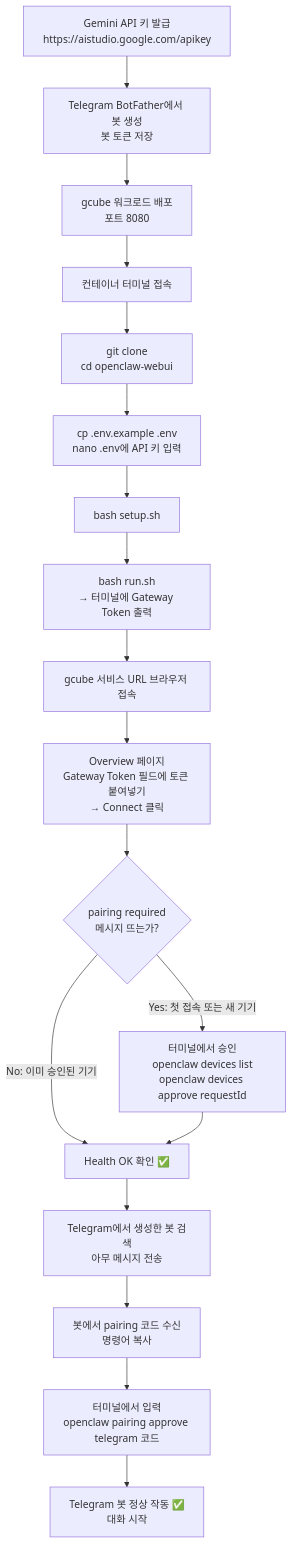
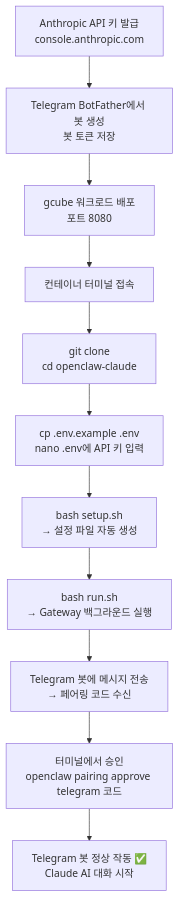
Before and after one commit to chaeyoon-08/openclaw-gemini: the diagram in README.md, drawn with Mermaid. The commit also changed other lines of this file and 5 other files, not shown here.

Commit message:
feat: openclaw telegram claude agent 초기 설정

````diff
--- a/README.md
+++ b/README.md
@@ -9,21 +10,14 @@
 ```mermaid
 flowchart TD
-    A[Gemini API 키 발급<br/>https://aistudio.google.com/apikey] --> B
+    A[Anthropic API 키 발급<br/>console.anthropic.com] --> B
     B[Telegram BotFather에서 봇 생성<br/>봇 토큰 저장] --> C
     C[gcube 워크로드 배포<br/>포트 8080] --> D
     D[컨테이너 터미널 접속] --> E
-    E[git clone<br/>cd openclaw-webui] --> F
+    E[git clone<br/>cd openclaw-claude] --> F
     F[cp .env.example .env<br/>nano .env에 API 키 입력] --> G
-    G[bash setup.sh] --> H
-    H[bash run.sh<br/>→ 터미널에 Gateway Token 출력] --> I
-    I[gcube 서비스 URL 브라우저 접속] --> J
-    J[Overview 페이지<br/>Gateway Token 필드에 토큰 붙여넣기<br/>→ Connect 클릭] --> K
-    K{pairing required<br/>메시지 뜨는가?} -->|Yes: 첫 접속 또는 새 기기| L
-    K -->|No: 이미 승인된 기기| M
-    L[터미널에서 승인<br/>openclaw devices list<br/>openclaw devices approve requestId] --> M
-    M[Health OK 확인 ✅] --> N
-    N[Telegram에서 생성한 봇 검색<br/>아무 메시지 전송] --> O
-    O[봇에서 pairing 코드 수신<br/>명령어 복사] --> P
-    P[터미널에서 입력<br/>openclaw pairing approve telegram 코드] --> Q
-    Q[Telegram 봇 정상 작동 ✅<br/>대화 시작]
+    G[bash setup.sh<br/>→ 설정 파일 자동 생성] --> H
+    H[bash run.sh<br/>→ Gateway 백그라운드 실행] --> I
+    I[Telegram 봇에 메시지 전송<br/>→ 페어링 코드 수신] --> J
+    J[터미널에서 승인<br/>openclaw pairing approve telegram 코드] --> K
+    K[Telegram 봇 정상 작동 ✅<br/>Claude AI 대화 시작]
 ```
````
